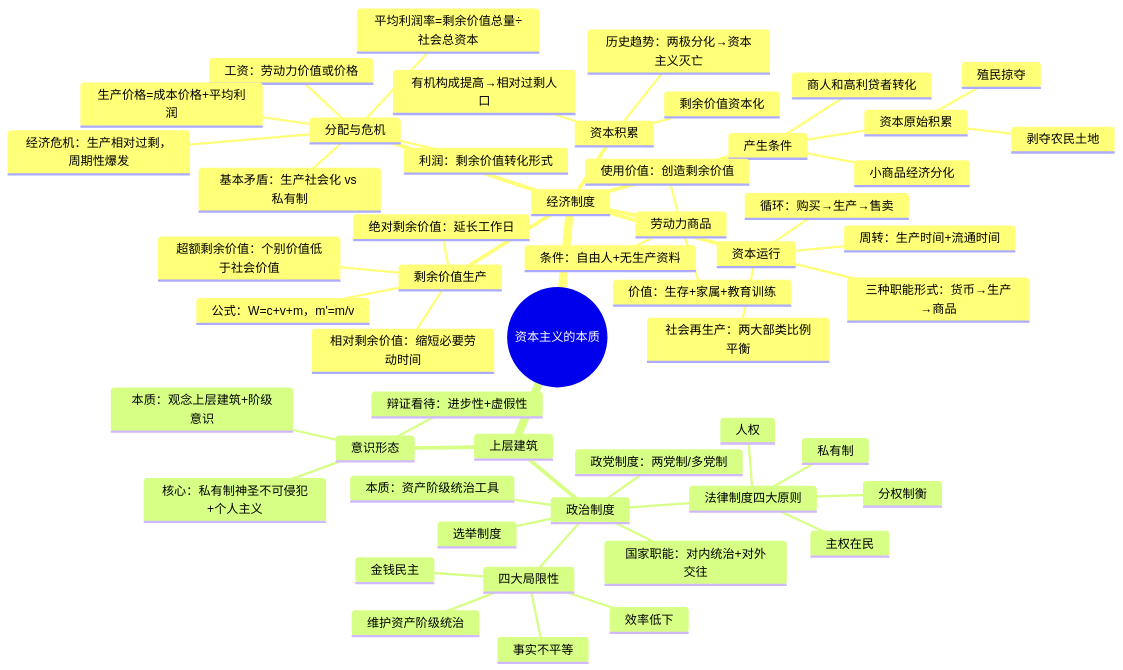
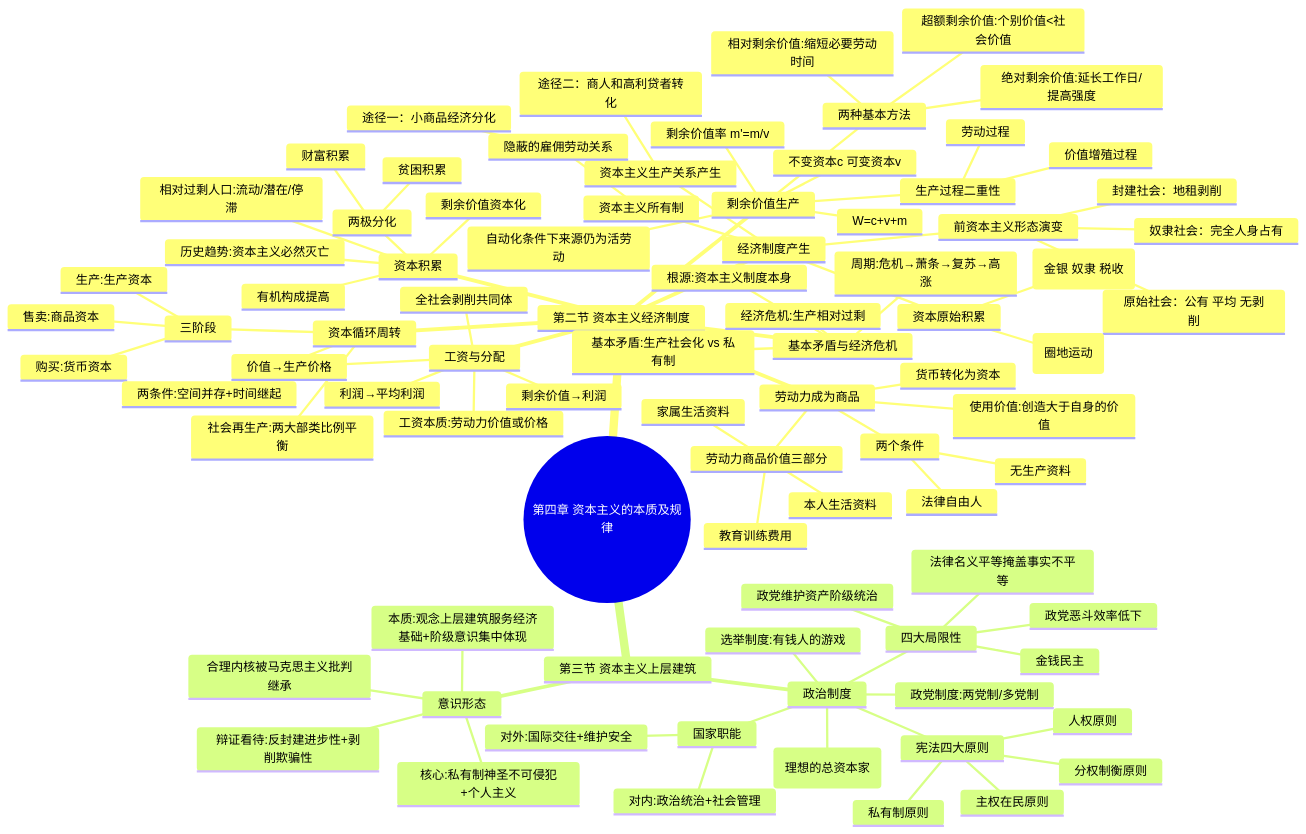
One commit to daoxiang0520/note changed the diagram in Attachments/马克思主义原理/notes/ch4-资本主义本质.md. Above: the diagram before and after it, drawn with Mermaid. The commit also changed other lines of this file and 11 other files, not shown here.

````diff
--- a/Attachments/马克思主义原理/notes/ch4-资本主义本质.md
+++ b/Attachments/马克思主义原理/notes/ch4-资本主义本质.md
@@ -285,56 +433,89 @@
 ```mermaid
 mindmap
-  root((资本主义的本质))
-    经济制度
-      产生条件
-        小商品经济分化
-        商人和高利贷者转化
+  root((第四章 资本主义的本质及规律))
+    第二节 资本主义经济制度
+      经济制度产生
+        前资本主义形态演变
+          原始社会：公有 平均 无剥削
+          奴隶社会：完全人身占有
+          封建社会：地租剥削
+        资本主义生产关系产生
+          途径一：小商品经济分化
+          途径二：商人和高利贷者转化
         资本原始积累
-          剥夺农民土地
-          殖民掠夺
-      劳动力商品
-        条件：自由人+无生产资料
-        价值：生存+家属+教育训练
-        使用价值：创造剩余价值
+          剥夺农民土地(圈地运动)
+          殖民掠夺(金银 奴隶 税收)
+        资本主义所有制
+          隐蔽的雇佣劳动关系
+      劳动力成为商品
+        两个条件
+          法律自由人
+          无生产资料
+        劳动力商品价值三部分
+          本人生活资料
+          家属生活资料
+          教育训练费用
+        使用价值:创造大于自身的价值
+        货币转化为资本
       剩余价值生产
-        绝对剩余价值：延长工作日
-        相对剩余价值：缩短必要劳动时间
-        超额剩余价值：个别价值低于社会价值
-        公式：W=c+v+m，m'=m/v
+        生产过程二重性
+          劳动过程
+          价值增殖过程
+        不变资本c 可变资本v
+        W=c+v+m
+        剩余价值率 m'=m/v
+        两种基本方法
+          绝对剩余价值:延长工作日/提高强度
+          相对剩余价值:缩短必要劳动时间
+          超额剩余价值:个别价值<社会价值
+        自动化条件下来源仍为活劳动
       资本积累
         剩余价值资本化
-        有机构成提高→相对过剩人口
-        历史趋势：两极分化→资本主义灭亡
-      资本运行
-        循环：购买→生产→售卖
-        三种职能形式：货币→生产→商品
-        周转：生产时间+流通时间
-        社会再生产：两大部类比例平衡
-      分配与危机
-        工资：劳动力价值或价格
-        利润：剩余价值转化形式
-        平均利润率=剩余价值总量÷社会总资本
-        生产价格=成本价格+平均利润
-        基本矛盾：生产社会化 vs 私有制
-        经济危机：生产相对过剩，周期性爆发
-    上层建筑
+        有机构成提高
+        相对过剩人口:流动/潜在/停滞
+        两极分化
+          财富积累
+          贫困积累
+        历史趋势:资本主义必然灭亡
+      资本循环周转
+        三阶段
+          购买:货币资本
+          生产:生产资本
+          售卖:商品资本
+        两条件:空间并存+时间继起
+        社会再生产:两大部类比例平衡
+      工资与分配
+        工资本质:劳动力价值或价格
+        剩余价值→利润
+        利润→平均利润
+        价值→生产价格
+        全社会剥削共同体
+      基本矛盾与经济危机
+        基本矛盾:生产社会化 vs 私有制
+        经济危机:生产相对过剩
+        周期:危机→萧条→复苏→高涨
+        根源:资本主义制度本身
+    第三节 资本主义上层建筑
       政治制度
-        国家职能：对内统治+对外交往
-        本质：资产阶级统治工具
-        法律制度四大原则
-          私有制
-          主权在民
-          分权制衡
-          人权
-        选举制度
-        政党制度：两党制/多党制
+        国家职能
+          对内:政治统治+社会管理
+          对外:国际交往+维护安全
+        本质:资产阶级统治工具(理想的总资本家)
+        宪法四大原则
+          私有制原则
+          主权在民原则
+          分权制衡原则
+          人权原则
+        选举制度:有钱人的游戏
+        政党制度:两党制/多党制
         四大局限性
           金钱民主
-          事实不平等
-          维护资产阶级统治
-          效率低下
+          法律名义平等掩盖事实不平等
+          政党维护资产阶级统治
+          政党恶斗效率低下
       意识形态
-        核心：私有制神圣不可侵犯+个人主义
-        本质：观念上层建筑+阶级意识
-        辩证看待：进步性+虚假性
+        核心:私有制神圣不可侵犯+个人主义
+        本质:观念上层建筑服务经济基础+阶级意识集中体现
+        辩证看待:反封建进步性+剥削欺骗性
+        合理内核被马克思主义批判继承
 ```
````
